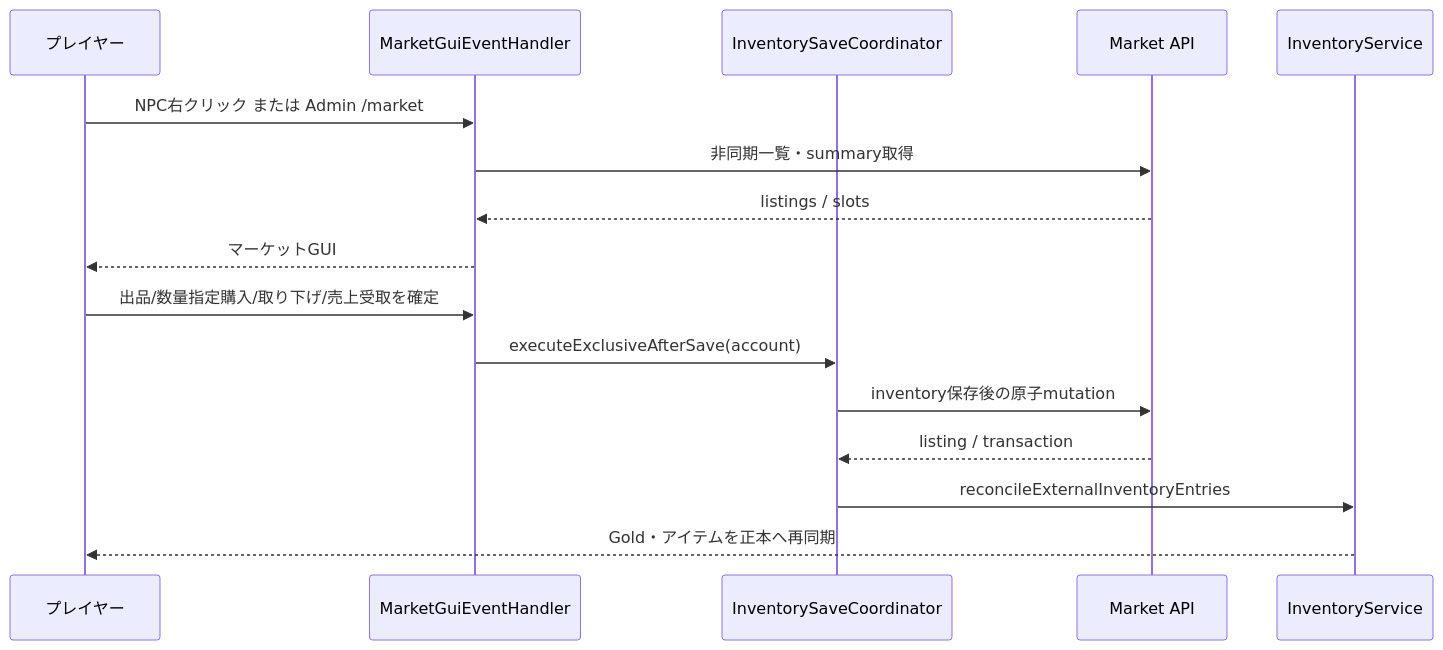
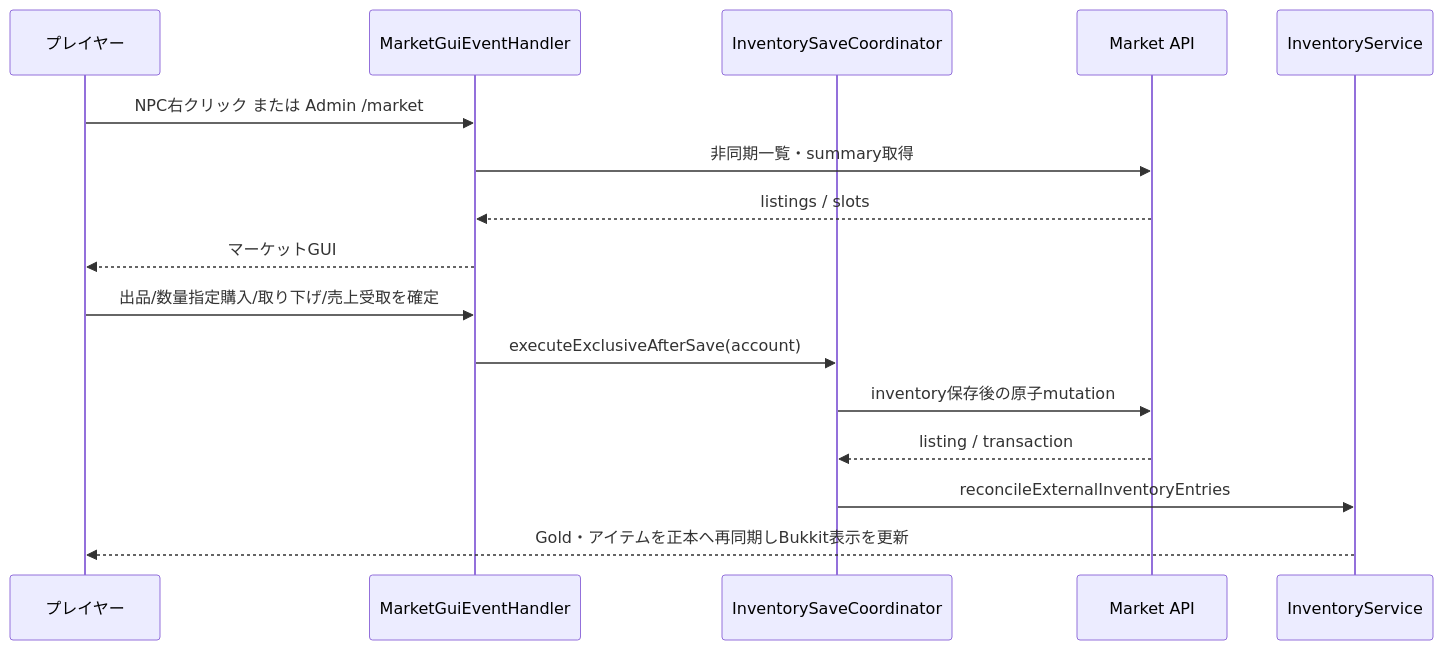
Before and after one commit to maaasu/AstralRecord-Workspace: the fifth of 5 diagrams in 00_docs/10_Plugin設計書/feature/23-market/23_4-統合フロー.md, drawn with Mermaid. The commit also changed other lines of this file and 17 other files, not shown here.

````diff
--- a/00_docs/10_Plugin設計書/feature/23-market/23_4-統合フロー.md
+++ b/00_docs/10_Plugin設計書/feature/23-market/23_4-統合フロー.md
@@ -122,18 +122,18 @@
 ```mermaid
 sequenceDiagram
     participant Player as プレイヤー
     participant GUI as MarketGuiEventHandler
     participant Save as InventorySaveCoordinator
     participant API as Market API
     participant Inv as InventoryService
     Player->>GUI: NPC右クリック または Admin /market
     GUI->>API: 非同期一覧・summary取得
     API-->>GUI: listings / slots
     GUI-->>Player: マーケットGUI
     Player->>GUI: 出品/数量指定購入/取り下げ/売上受取を確定
     GUI->>Save: executeExclusiveAfterSave(account)
     Save->>API: inventory保存後の原子mutation
     API-->>Save: listing / transaction
     Save->>Inv: reconcileExternalInventoryEntries
-    Inv-->>Player: Gold・アイテムを正本へ再同期
+    Inv-->>Player: Gold・アイテムを正本へ再同期しBukkit表示を更新
 ```
````
